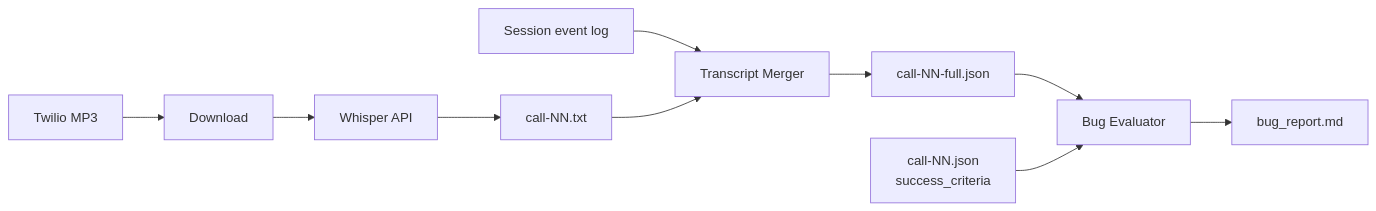
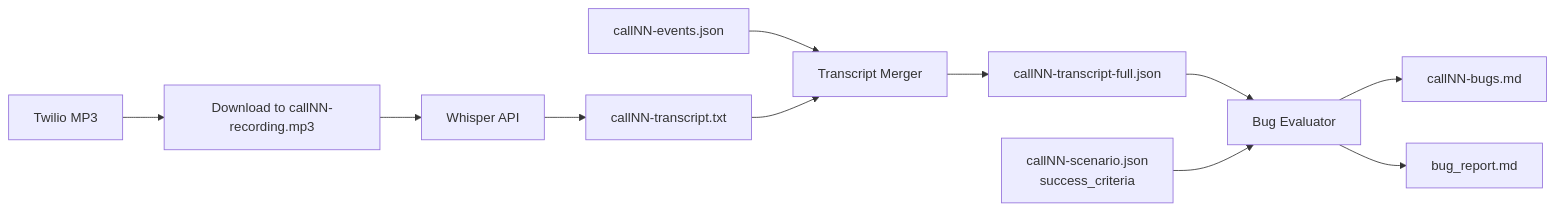
Before and after one commit to SnehaSL11/PrettyGoodAI_AIEngineeringChallenge: the fourth of 4 diagrams in ARCHITECTURE.md, drawn with Mermaid. The commit also changed other lines of this file and 471 other files, not shown here.

````diff
--- a/ARCHITECTURE.md
+++ b/ARCHITECTURE.md
@@ -256,12 +156,13 @@
 ```mermaid
 flowchart LR
-    MP3["Twilio MP3"] --> DL["Download"]
+    MP3["Twilio MP3"] --> DL["Download to callNN-recording.mp3"]
     DL --> WH["Whisper API"]
-    WH --> TXT["call-NN.txt"]
-    LOG["Session event log"] --> MERGE["Transcript Merger"]
+    WH --> TXT["callNN-transcript.txt"]
+    LOG["callNN-events.json"] --> MERGE["Transcript Merger"]
     TXT --> MERGE
-    MERGE --> JSON["call-NN-full.json"]
+    MERGE --> JSON["callNN-transcript-full.json"]
     JSON --> EV["Bug Evaluator"]
-    SCN["call-NN.json\nsuccess_criteria"] --> EV
+    SCN["callNN-scenario.json\nsuccess_criteria"] --> EV
+    EV --> PER["callNN-bugs.md"]
     EV --> BUG["bug_report.md"]
 ```
````
